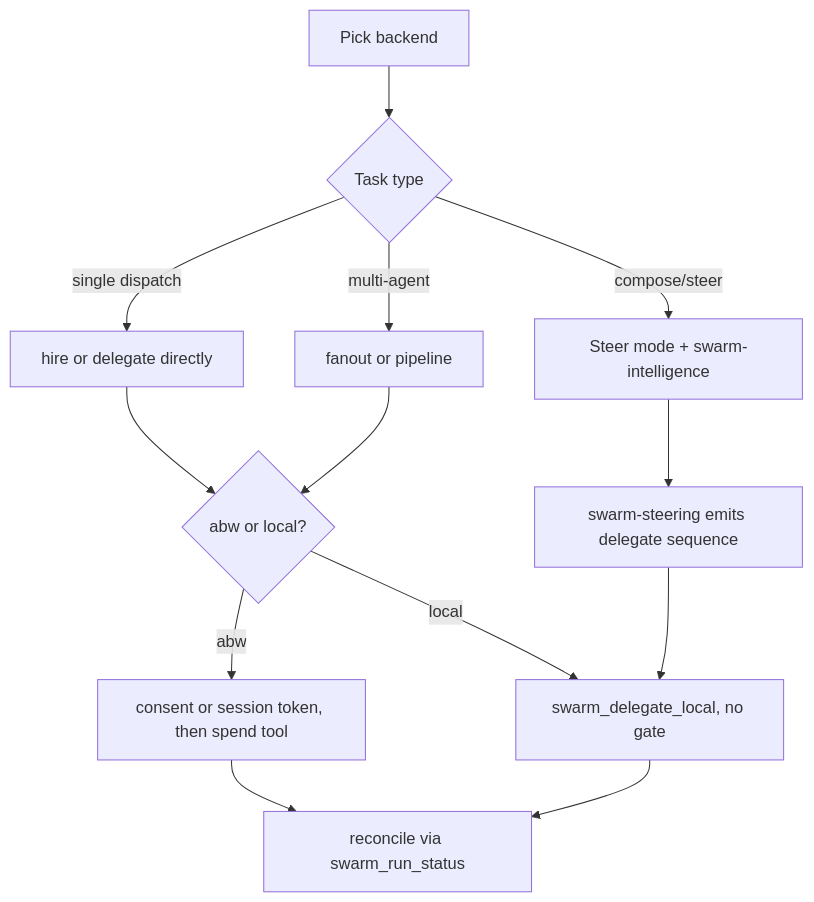
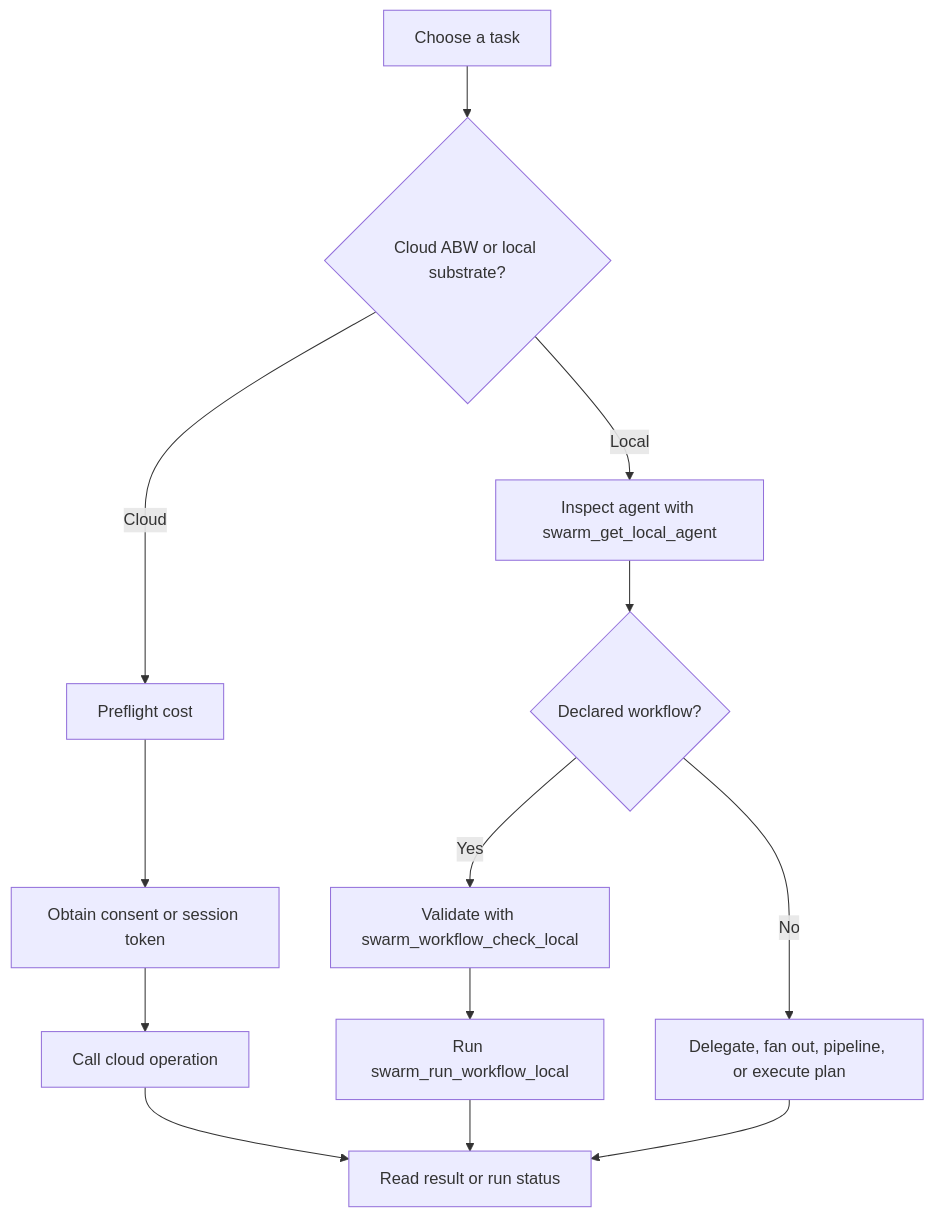
One commit to mdz-axo/zed-kask changed the diagram in kask/docs/diataxis/swarm_system/how-to.md. Above: the diagram before and after it, drawn with Mermaid. The commit also changed other lines of this file and 15 other files, not shown here.

````diff
--- a/kask/docs/diataxis/swarm_system/how-to.md
+++ b/kask/docs/diataxis/swarm_system/how-to.md
@@ -42,15 +18,15 @@
 ```mermaid
 flowchart TD
-    P[Pick backend] --> Q{Task type}
-    Q -->|single dispatch| D[hire or delegate directly]
-    Q -->|multi-agent| F[fanout or pipeline]
-    Q -->|compose/steer| S[Steer mode + swarm-intelligence]
-    D --> G{abw or local?}
-    G -->|abw| H[consent or session token, then spend tool]
-    G -->|local| L[swarm_delegate_local, no gate]
-    F --> G
-    S --> R[swarm-steering emits delegate sequence]
-    R --> L
-    H --> REC[reconcile via swarm_run_status]
-    L --> REC
+    A[Choose a task] --> B{Cloud ABW or local substrate?}
+    B -->|Cloud| C[Preflight cost]
+    C --> D[Obtain consent or session token]
+    D --> E[Call cloud operation]
+    B -->|Local| F[Inspect agent with swarm_get_local_agent]
+    F --> G{Declared workflow?}
+    G -->|Yes| H[Validate with swarm_workflow_check_local]
+    H --> I[Run swarm_run_workflow_local]
+    G -->|No| J[Delegate, fan out, pipeline, or execute plan]
+    E --> K[Read result or run status]
+    I --> K
+    J --> K
 ```
````
